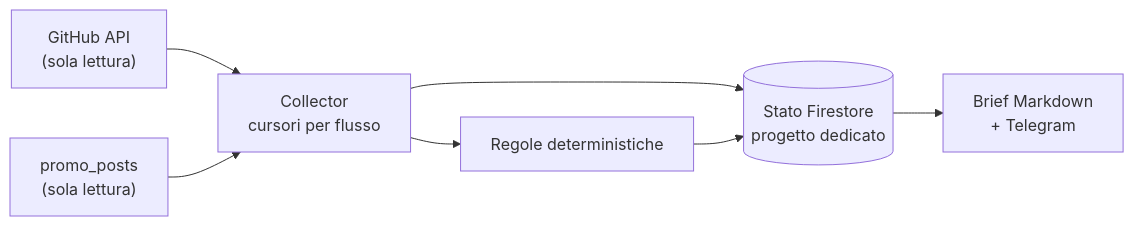
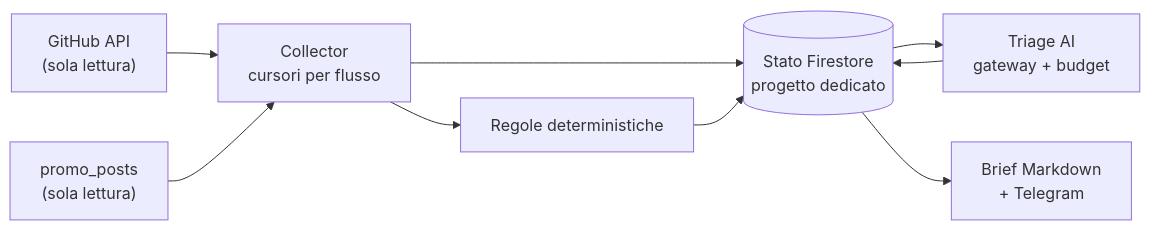
The diagram in README.md (michelecoppi/gtp_orchestrator), drawn with Mermaid before and after one commit. The commit also changed other lines of this file and 28 other files, not shown here.

First line of the commit message:
feat: M2 AI controllata con budget atomico e triage

````diff
--- a/README.md
+++ b/README.md
@@ -12,9 +12,11 @@
 ```mermaid
 flowchart LR
     GH["GitHub API<br/>(sola lettura)"] --> C["Collector<br/>cursori per flusso"]
     PP["promo_posts<br/>(sola lettura)"] --> C
     C --> S[("Stato Firestore<br/>progetto dedicato")]
     C --> R["Regole deterministiche"]
     R --> S
+    S --> T["Triage AI<br/>gateway + budget"]
+    T --> S
     S --> B["Brief Markdown<br/>+ Telegram"]
 ```
````
